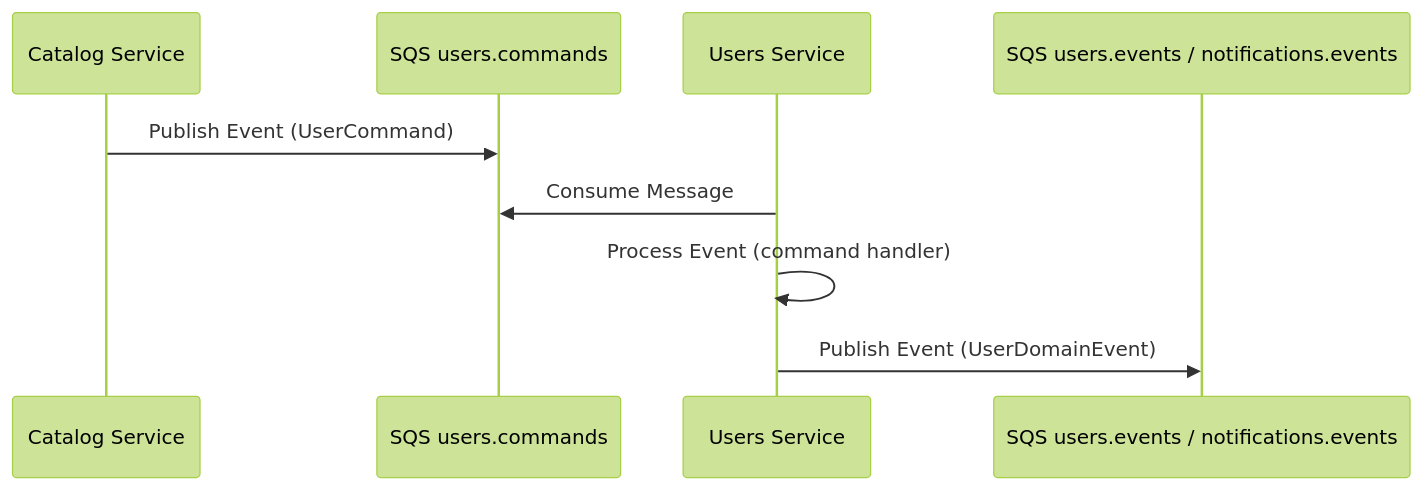
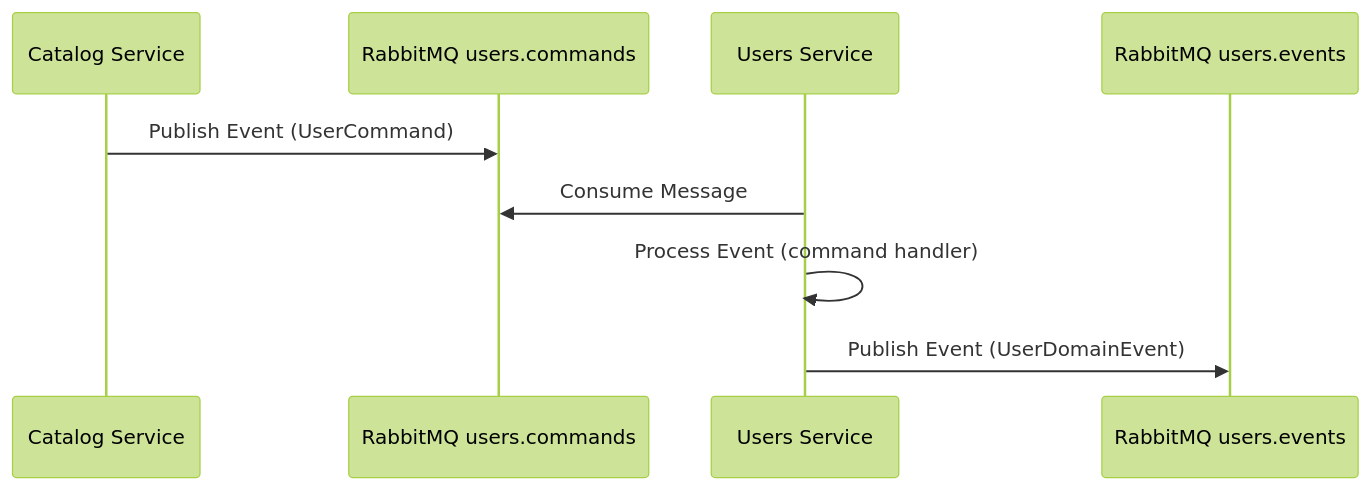
The fifth of 5 diagrams in README.md (louresb/cloud-games-fase-4-users), drawn with Mermaid (forest theme) before and after one commit. The commit also changed other lines of this file and 1 other file, not shown here.

Commit message:
Align users documentation and dependency patch

````diff
--- a/README.md
+++ b/README.md
@@ -147,12 +144,12 @@
 ```mermaid
 sequenceDiagram
     participant Catalog as Catalog Service
-    participant SQSCommands as SQS users.commands
+    participant Commands as RabbitMQ users.commands
     participant Users as Users Service
-    participant SQSEvents as SQS users.events / notifications.events
+    participant Events as RabbitMQ users.events
 
-    Catalog->>SQSCommands: Publish Event (UserCommand)
-    Users->>SQSCommands: Consume Message
+    Catalog->>Commands: Publish Event (UserCommand)
+    Users->>Commands: Consume Message
     Users->>Users: Process Event (command handler)
-    Users->>SQSEvents: Publish Event (UserDomainEvent)
+    Users->>Events: Publish Event (UserDomainEvent)
 ```
````
